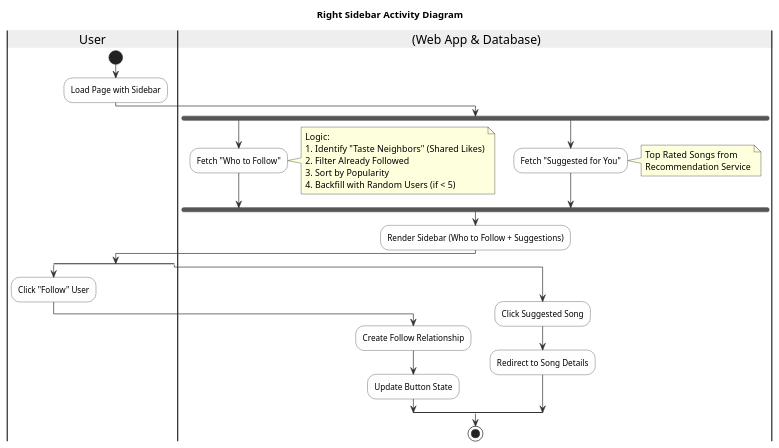
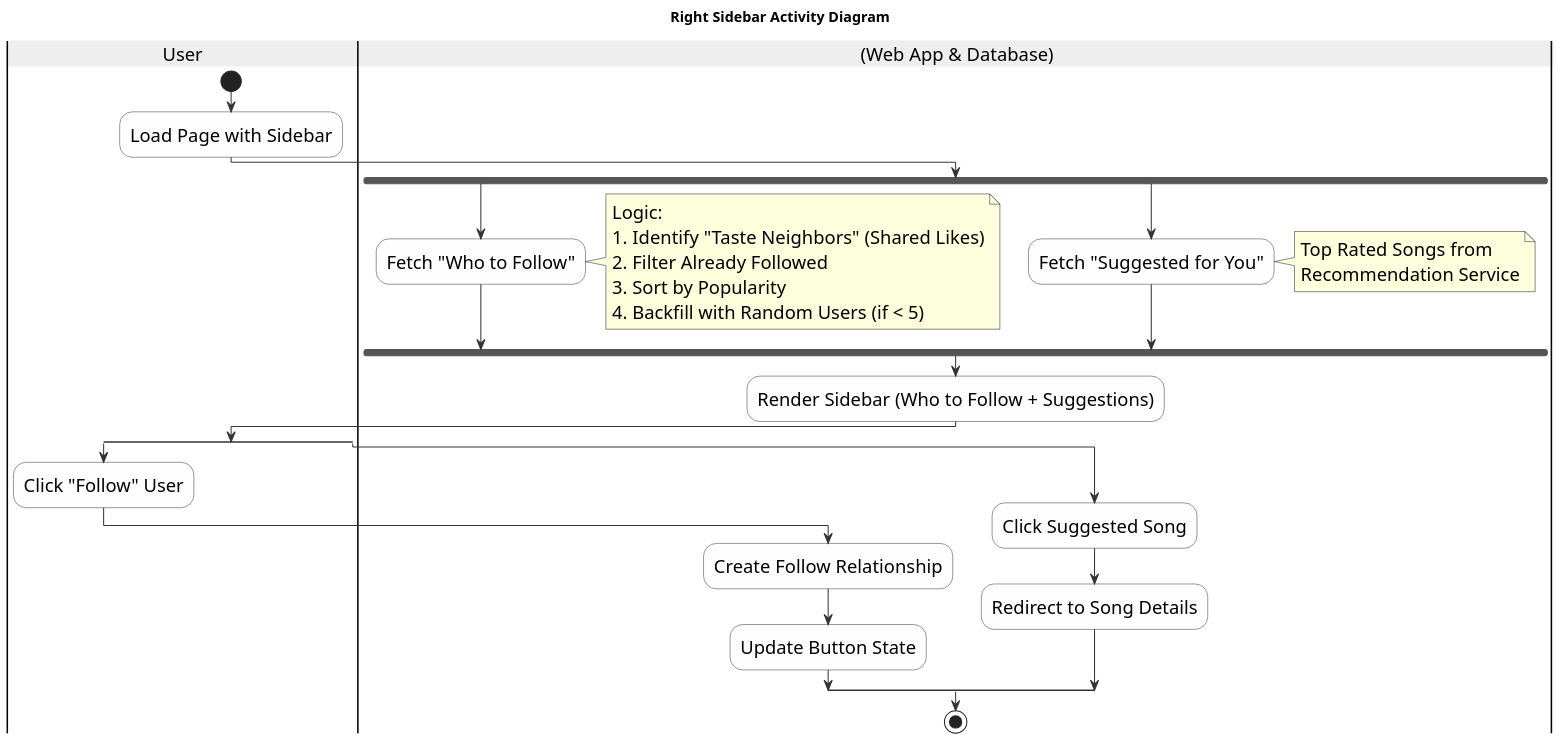
One commit to HeinreichMorphine/musicsocial changed the diagram in activity_diagram_right_sidebar.plantuml. Above: the diagram before and after it, drawn with PlantUML. The commit also changed 123 other files, not shown here.

```diff
--- a/activity_diagram_right_sidebar.plantuml
+++ b/activity_diagram_right_sidebar.plantuml
@@ -1,49 +1,50 @@
 @startuml
 title Right Sidebar Activity Diagram
 skinparam swimlaneBorderColor black
 skinparam swimlaneTitleBackgroundColor #EEE
 skinparam activityBackgroundColor #FEFEFE
 skinparam activityArrowColor #333
 skinparam activityBorderColor #333
 skinparam nodesep 50
 skinparam ranksep 50
-
+scale 1.5
+skinparam defaultFontSize 18
 |User|
 |System| (Web App & Database)
 
 |User|
 start
 :Load Page with Sidebar;
 |System|
 fork
     :Fetch "Who to Follow";
     note right
         Logic:
         1. Identify "Taste Neighbors" (Shared Likes)
         2. Filter Already Followed
         3. Sort by Popularity
         4. Backfill with Random Users (if < 5)
     end note
 fork again
     :Fetch "Suggested for You";
     note right
         Top Rated Songs from
         Recommendation Service
     end note
 end fork
 
 :Render Sidebar (Who to Follow + Suggestions);
 
 |User|
 split
     :Click "Follow" User;
     |System|
     :Create Follow Relationship;
     :Update Button State;
 split again
     :Click Suggested Song;
     |System|
     :Redirect to Song Details;
 end split
 stop
 @enduml
```
